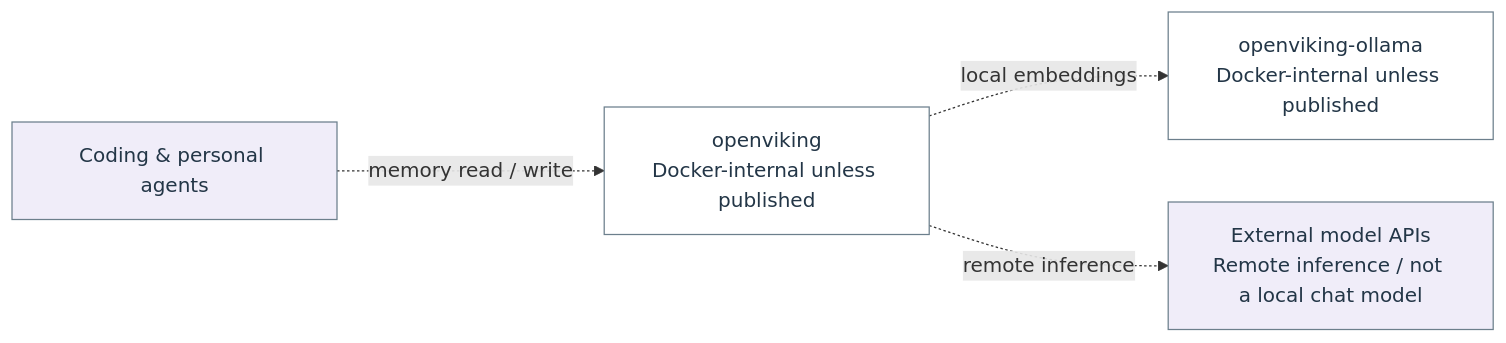
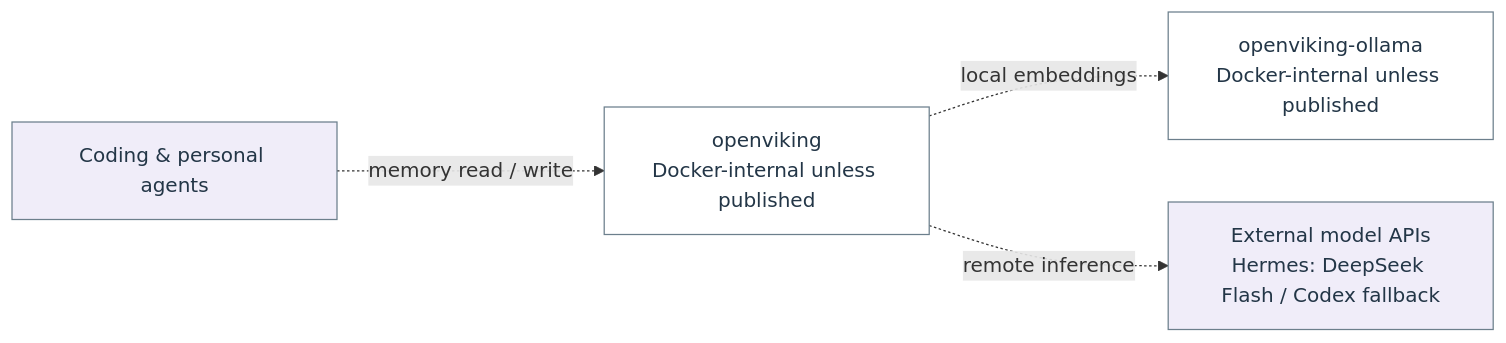
Before and after one commit to Harsh-2002/Homelab: diagram 19 of 21 in docs/architecture/homelab-mermaid.md, drawn with Mermaid. The commit also changed other lines of this file and 41 other files, not shown here.

Commit message:
Configure Hermes Go inference with Codex fallback and refresh runbooks

````diff
--- a/docs/architecture/homelab-mermaid.md
+++ b/docs/architecture/homelab-mermaid.md
@@ -563,14 +563,14 @@
 ```mermaid
 flowchart LR
   n_flow_6_0["openviking<br/>Docker-internal unless published"]
   n_flow_6_1["Coding &amp; personal agents"]
   n_flow_6_2["openviking-ollama<br/>Docker-internal unless published"]
-  n_flow_6_3["External model APIs<br/>Remote inference / not a local chat model"]
+  n_flow_6_3["External model APIs<br/>Hermes: DeepSeek Flash / Codex fallback"]
   n_flow_6_1 -.->|"memory read / write"| n_flow_6_0
   n_flow_6_0 -.->|"local embeddings"| n_flow_6_2
   n_flow_6_0 -.->|"remote inference"| n_flow_6_3
   classDef c_flow_6_0 fill:#ffffff,stroke:#6c7f8c,color:#233647;
   class n_flow_6_0,n_flow_6_2 c_flow_6_0;
   classDef c_flow_6_1 fill:#f0edf9,stroke:#6c7f8c,color:#233647;
   class n_flow_6_1,n_flow_6_3 c_flow_6_1;
 ```
````
